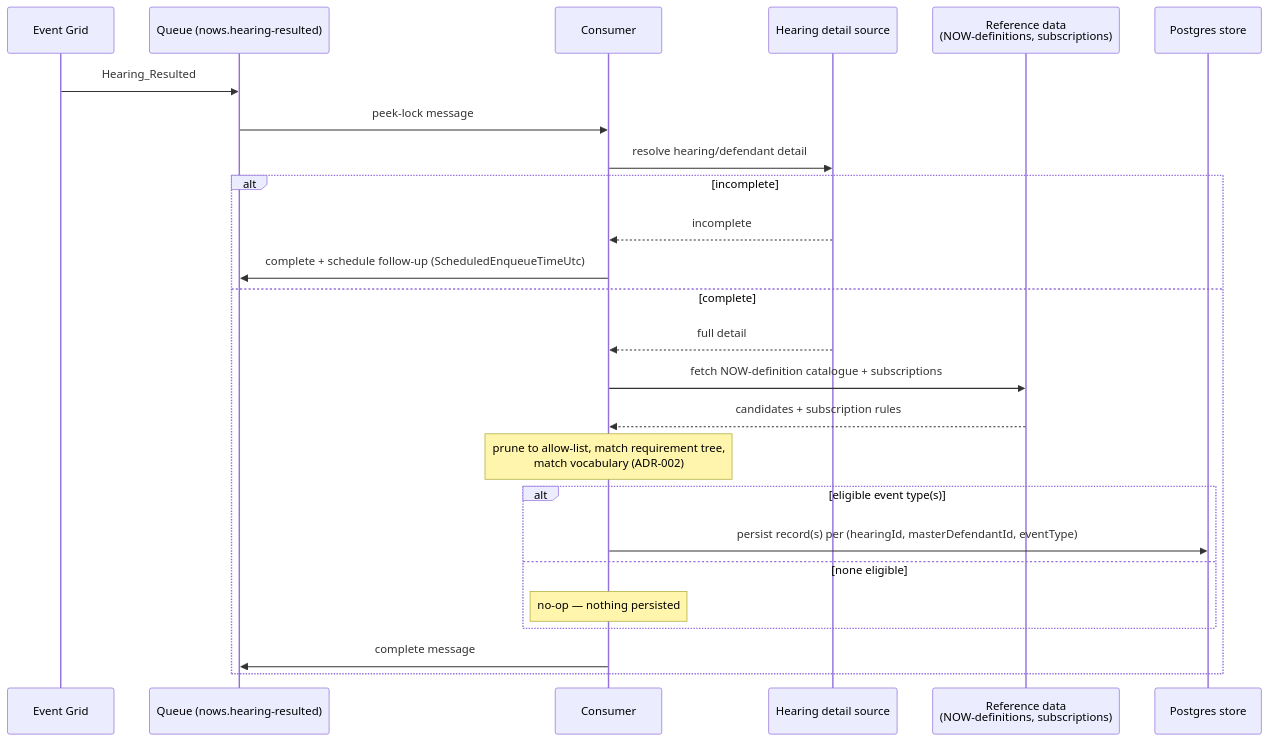
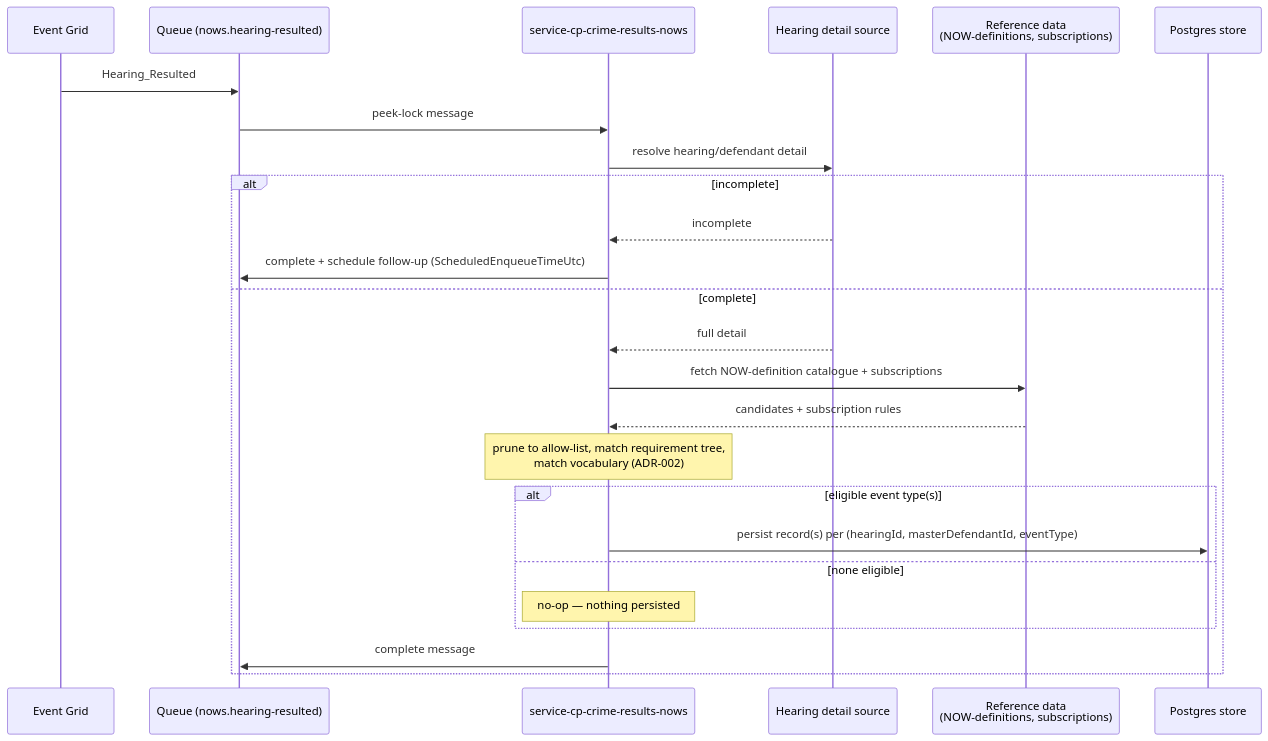
One commit to hmcts/service-cp-crime-results-nows changed the second of 3 diagrams in docs/designs/2026-08-28-nows-api-marketplace-design.md. Above: the diagram before and after it, drawn with Mermaid. The commit also changed other lines of this file, not shown here.

Commit message:
docs(design): name the ingestion consumer service-cp-crime-results-nows
Consistent with the read sequence, which already names it explicitly
rather than using a generic "Consumer" label.

````diff
--- a/docs/designs/2026-08-28-nows-api-marketplace-design.md
+++ b/docs/designs/2026-08-28-nows-api-marketplace-design.md
@@ -28,28 +28,28 @@
 ```mermaid
 sequenceDiagram
     participant EG as Event Grid
     participant Q as Queue (nows.hearing-resulted)
-    participant C as Consumer
+    participant C as service-cp-crime-results-nows
     participant HD as Hearing detail source
     participant RD as Reference data<br/>(NOW-definitions, subscriptions)
     participant DB as Postgres store
 
     EG->>Q: Hearing_Resulted
     Q->>C: peek-lock message
     C->>HD: resolve hearing/defendant detail
     alt incomplete
         HD-->>C: incomplete
         C->>Q: complete + schedule follow-up (ScheduledEnqueueTimeUtc)
     else complete
         HD-->>C: full detail
         C->>RD: fetch NOW-definition catalogue + subscriptions
         RD-->>C: candidates + subscription rules
         Note over C: prune to allow-list, match requirement tree,<br/>match vocabulary (ADR-002)
         alt eligible event type(s)
             C->>DB: persist record(s) per (hearingId, masterDefendantId, eventType)
         else none eligible
             Note over C: no-op — nothing persisted
         end
         C->>Q: complete message
     end
 ```
````
